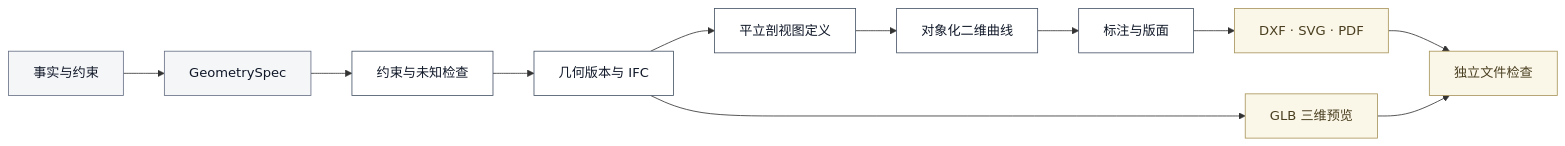
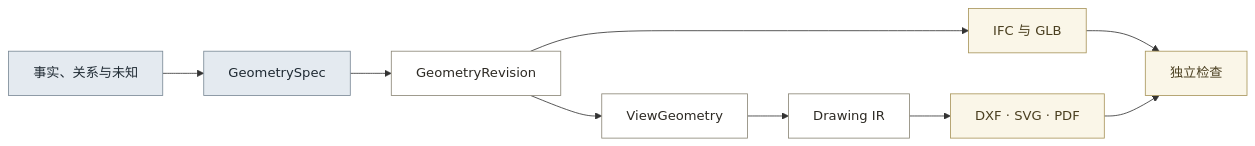
One commit to jiajiajiang91-design/gujian-conservation-workbench changed the second of 2 diagrams in 13-9_技术架构_古建保护成果工作台.md. Above: the diagram before and after it, drawn with Mermaid. The commit also changed other lines of this file, not shown here.

Commit message:
docs(architecture): define professional workbench v1.2

````diff
--- a/13-9_技术架构_古建保护成果工作台.md
+++ b/13-9_技术架构_古建保护成果工作台.md
@@ -502,20 +436,18 @@
 ```mermaid
 flowchart LR
-    FACT["事实与约束"] --> SPEC["GeometrySpec"]
-    SPEC --> VALIDATE["约束与未知检查"]
-    VALIDATE --> MODEL["几何版本与 IFC"]
-    MODEL --> VIEW["平立剖视图定义"]
-    VIEW --> VECTOR["对象化二维曲线"]
-    VECTOR --> DRAWING["标注与版面"]
-    DRAWING --> FILES["DXF · SVG · PDF"]
-    MODEL --> GLB["GLB 三维预览"]
-    FILES --> CHECK["独立文件检查"]
-    GLB --> CHECK
+    FACT["事实、关系与未知"] --> SPEC["GeometrySpec"]
+    SPEC --> GEO["GeometryRevision"]
+    GEO --> IFC["IFC 与 GLB"]
+    GEO --> VIEW["ViewGeometry"]
+    VIEW --> IR["Drawing IR"]
+    IR --> FILES["DXF · SVG · PDF"]
+    IFC --> CHECK["独立检查"]
+    FILES --> CHECK
 
-    classDef data fill:#F5F6F8,stroke:#667085,color:#101828
-    classDef process fill:#FFFFFF,stroke:#475467,color:#101828
+    classDef data fill:#E4EAF0,stroke:#7A8996,color:#1F2A33
+    classDef process fill:#FFFFFF,stroke:#8B8676,color:#2D2A24
     classDef result fill:#FAF6E8,stroke:#A8955A,color:#4A3F20
     class FACT,SPEC data
-    class VALIDATE,MODEL,VIEW,VECTOR,DRAWING process
-    class FILES,GLB,CHECK result
+    class GEO,VIEW,IR process
+    class IFC,FILES,CHECK result
 ```
````
